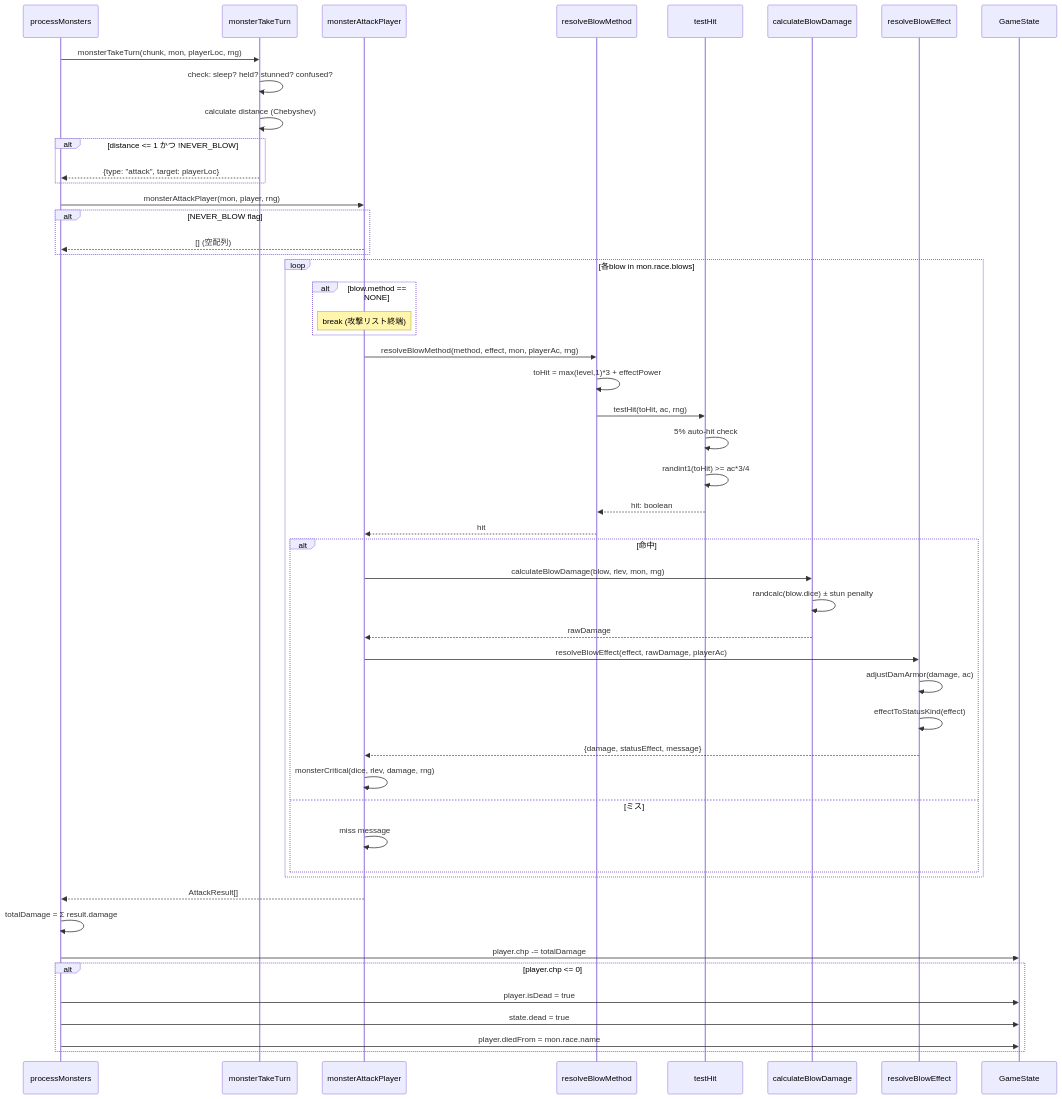
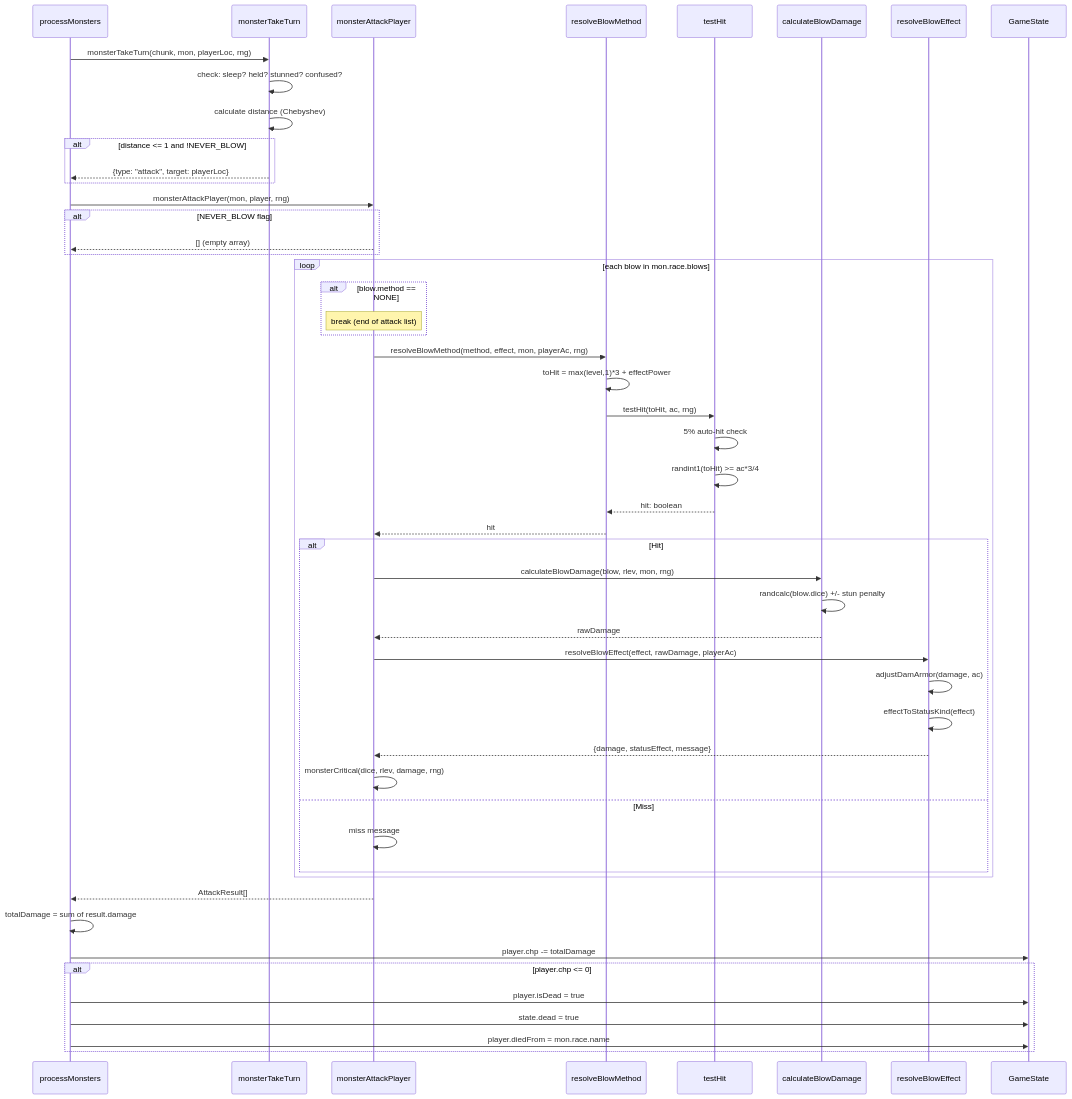
Before and after one commit to yuukiishikawa/angband-ts: the eighth of 15 diagrams in ARCHITECTURE.md, drawn with Mermaid. The commit also changed other lines of this file and 4 other files, not shown here.

````diff
--- a/ARCHITECTURE.md
+++ b/ARCHITECTURE.md
@@ -549,63 +549,63 @@
 ```mermaid
 sequenceDiagram
     participant PM as processMonsters
     participant MT as monsterTakeTurn
     participant MA as monsterAttackPlayer
     participant RB as resolveBlowMethod
     participant TH as testHit
     participant CD as calculateBlowDamage
     participant RE as resolveBlowEffect
     participant GS as GameState
 
     PM->>MT: monsterTakeTurn(chunk, mon, playerLoc, rng)
     MT->>MT: check: sleep? held? stunned? confused?
     MT->>MT: calculate distance (Chebyshev)
-    alt distance <= 1 かつ !NEVER_BLOW
+    alt distance <= 1 and !NEVER_BLOW
         MT-->>PM: {type: "attack", target: playerLoc}
     end
 
     PM->>MA: monsterAttackPlayer(mon, player, rng)
 
     alt NEVER_BLOW flag
-        MA-->>PM: [] (空配列)
+        MA-->>PM: [] (empty array)
     end
 
-    loop 各blow in mon.race.blows
+    loop each blow in mon.race.blows
         alt blow.method == NONE
-            Note over MA: break (攻撃リスト終端)
+            Note over MA: break (end of attack list)
         end
 
         MA->>RB: resolveBlowMethod(method, effect, mon, playerAc, rng)
         RB->>RB: toHit = max(level,1)*3 + effectPower
         RB->>TH: testHit(toHit, ac, rng)
         TH->>TH: 5% auto-hit check
         TH->>TH: randint1(toHit) >= ac*3/4
         TH-->>RB: hit: boolean
         RB-->>MA: hit
 
-        alt 命中
+        alt Hit
             MA->>CD: calculateBlowDamage(blow, rlev, mon, rng)
-            CD->>CD: randcalc(blow.dice) ± stun penalty
+            CD->>CD: randcalc(blow.dice) +/- stun penalty
             CD-->>MA: rawDamage
 
             MA->>RE: resolveBlowEffect(effect, rawDamage, playerAc)
             RE->>RE: adjustDamArmor(damage, ac)
             RE->>RE: effectToStatusKind(effect)
             RE-->>MA: {damage, statusEffect, message}
 
             MA->>MA: monsterCritical(dice, rlev, damage, rng)
-        else ミス
+        else Miss
             MA->>MA: miss message
         end
     end
 
     MA-->>PM: AttackResult[]
 
-    PM->>PM: totalDamage = Σ result.damage
+    PM->>PM: totalDamage = sum of result.damage
     PM->>GS: player.chp -= totalDamage
     alt player.chp <= 0
         PM->>GS: player.isDead = true
         PM->>GS: state.dead = true
         PM->>GS: player.diedFrom = mon.race.name
     end
 ```
````
